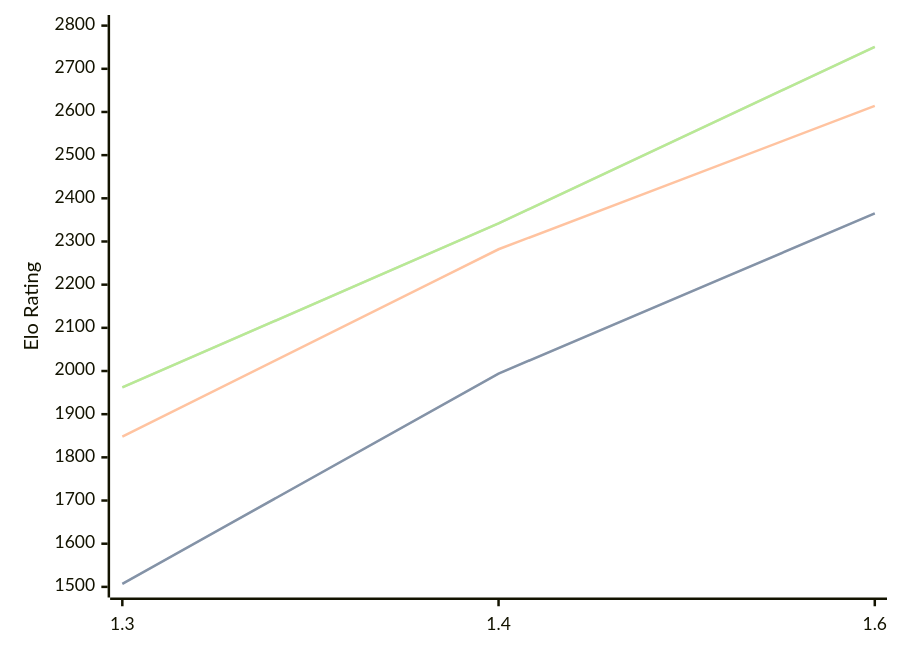
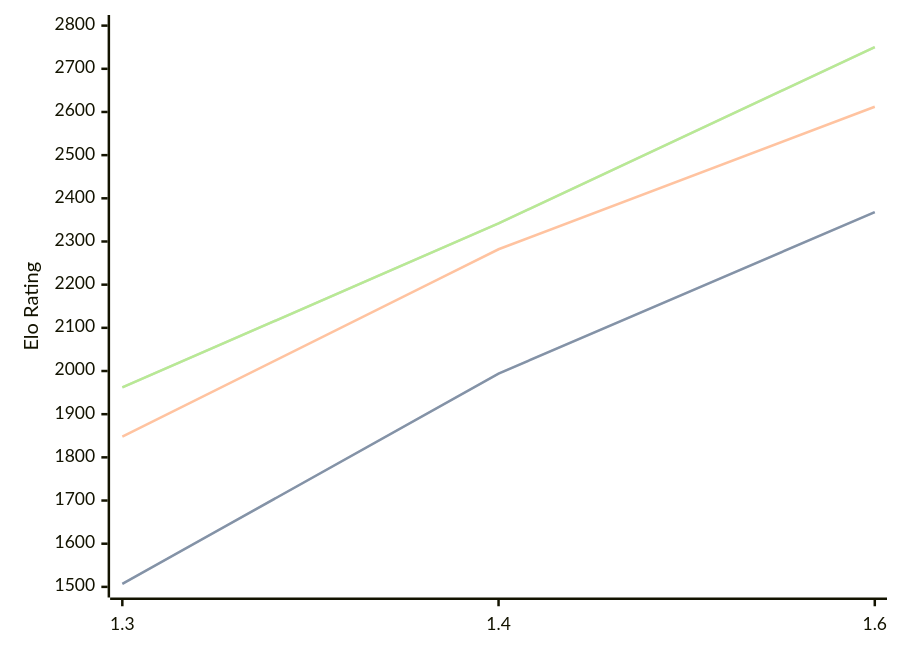
Before and after one commit to computer-chess-index/cci: the first of 3 diagrams in engines/Facon.md, drawn with Mermaid. The commit also changed other lines of this file, not shown here.

Commit message:
Update CCI Ratings (ELO VLTC) - 2026-06-21

````diff
--- a/engines/Facon.md
+++ b/engines/Facon.md
@@ -37,11 +37,11 @@
 ```mermaid
 %%{init: {"theme":"base","themeVariables":{"seriesColors:['#a3a3a3','#222221','#faa371']}}}%%
 xychart-beta
   x-axis ["1.3", "1.4", "1.6"]
   y-axis "Elo Rating" 1500 --> 2800
-  line "STC (8.0+0.08s)" [1507, 1994, 2365]
-  line "STC (8.0+0.08s)" [1507, 1994, 2365]
-  line "LTC (60.0+0.60s)" [1848, 2282, 2614]
-  line "VLTC (2m24s+1.12s)" [1962, 2342, 2751]
-  line "VLTC (2m24s+1.12s)" [1962, 2342, 2751]
+  line "STC (8.0+0.08s)" [1507, 1994, 2368]
+  line "STC (8.0+0.08s)" [1507, 1994, 2368]
+  line "LTC (60.0+0.60s)" [1848, 2282, 2612]
+  line "VLTC (2m24s+1.12s)" [1962, 2342, 2750]
+  line "VLTC (2m24s+1.12s)" [1962, 2342, 2750]
 ```
````
